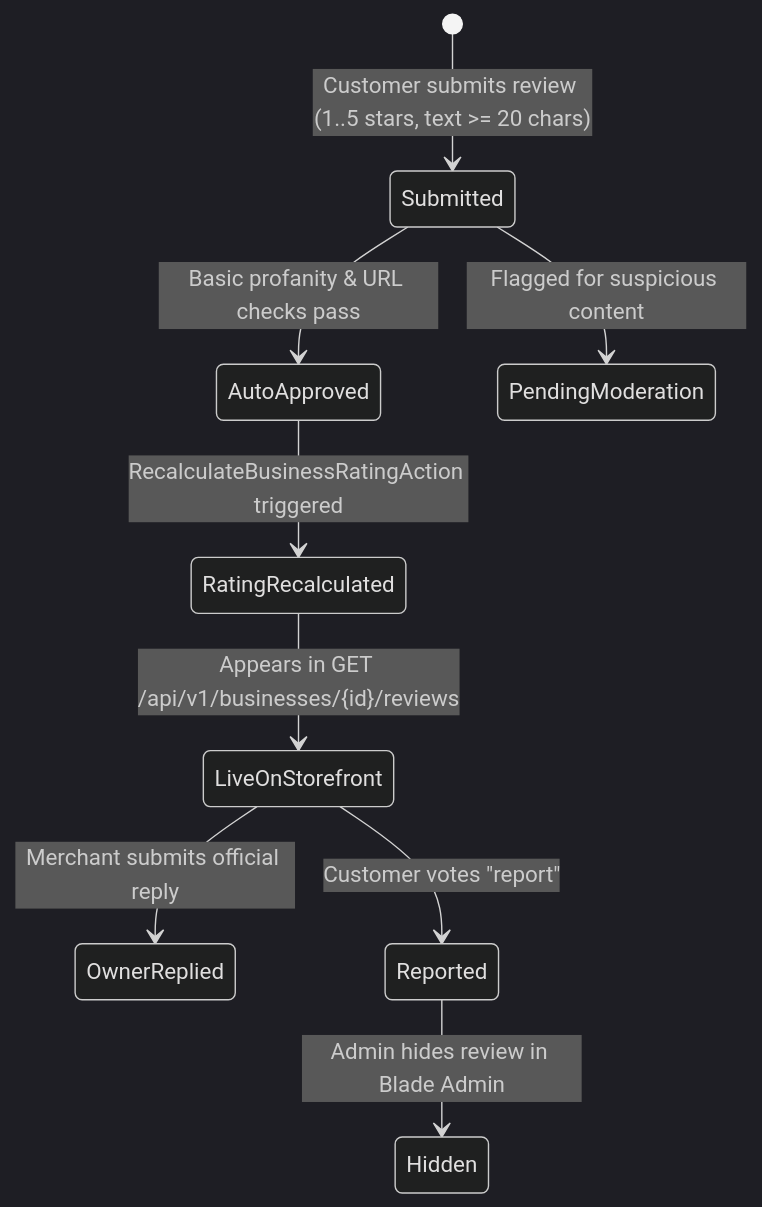
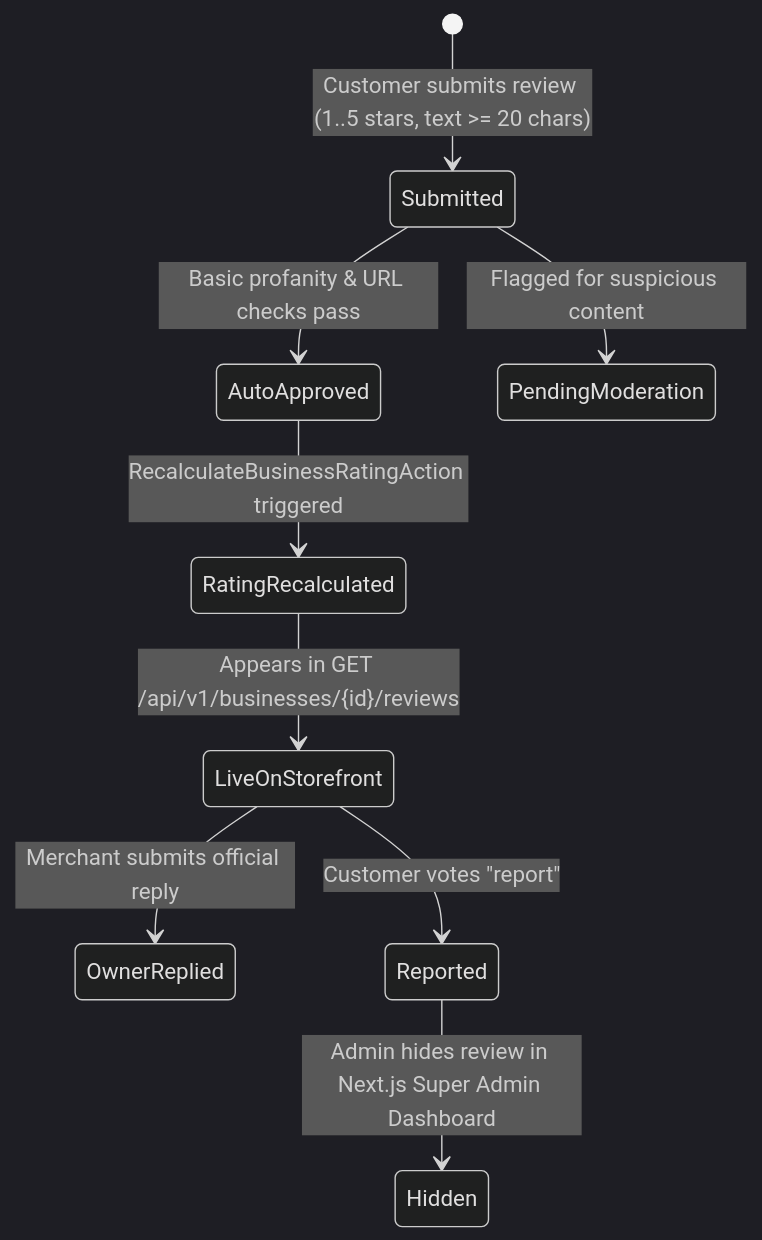
One commit to SanjayJai/neargrid changed the third of 6 diagrams in docs/18-phase-3c-technical-architecture-and-roadmap.md. Above: the diagram before and after it, drawn with Mermaid (dark theme). The commit also changed other lines of this file and 31 other files, not shown here.

````diff
--- a/docs/18-phase-3c-technical-architecture-and-roadmap.md
+++ b/docs/18-phase-3c-technical-architecture-and-roadmap.md
@@ -244,11 +244,11 @@
 ```mermaid
 stateDiagram-v2
     [*] --> Submitted: Customer submits review (1..5 stars, text >= 20 chars)
     Submitted --> AutoApproved: Basic profanity & URL checks pass
     Submitted --> PendingModeration: Flagged for suspicious content
     AutoApproved --> RatingRecalculated: RecalculateBusinessRatingAction triggered
     RatingRecalculated --> LiveOnStorefront: Appears in GET /api/v1/businesses/{id}/reviews
     LiveOnStorefront --> OwnerReplied: Merchant submits official reply
     LiveOnStorefront --> Reported: Customer votes "report"
-    Reported --> Hidden: Admin hides review in Blade Admin
+    Reported --> Hidden: Admin hides review in Next.js Super Admin Dashboard
 ```
````
